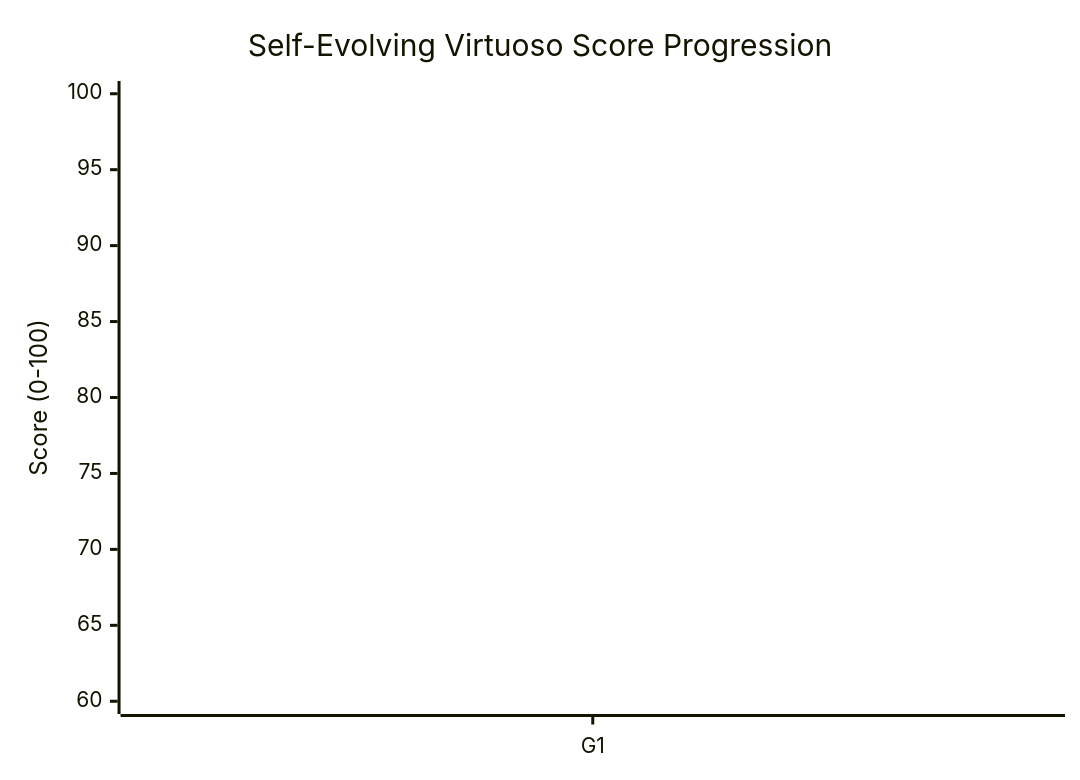
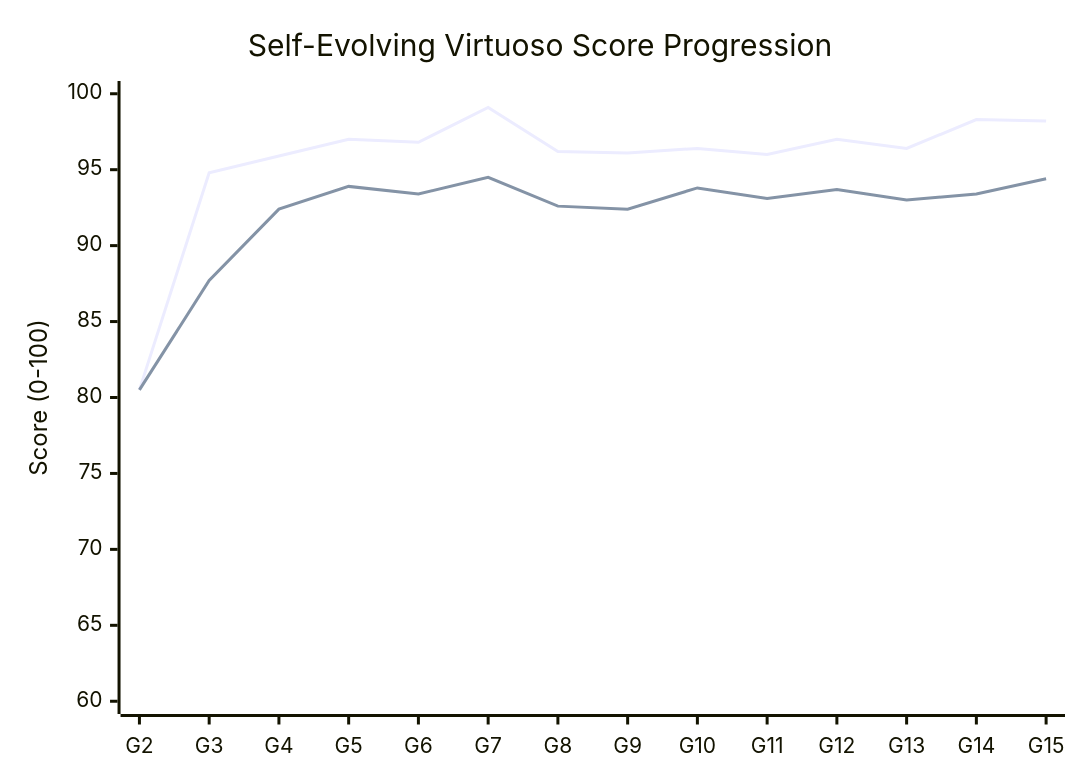
Before and after one commit to AI-Avalon/Disklavier-Auto: the first of 2 diagrams in obsidian_vault/00_Dashboard/Evolution_Overview.md, drawn with Mermaid. The commit also changed other lines of this file and 24 other files, not shown here.

````diff
--- a/obsidian_vault/00_Dashboard/Evolution_Overview.md
+++ b/obsidian_vault/00_Dashboard/Evolution_Overview.md
@@ -19,8 +19,8 @@
 ```mermaid
 xychart-beta
     title "Self-Evolving Virtuoso Score Progression"
-    x-axis [G1]
+    x-axis [G2, G3, G4, G5, G6, G7, G8, G9, G10, G11, G12, G13, G14, G15]
     y-axis "Score (0-100)" 60 --> 100
-    line [75.0]
-    line [72.0]
+    line [80.5, 94.8, 95.9, 97.0, 96.8, 99.1, 96.2, 96.1, 96.4, 96.0, 97.0, 96.4, 98.3, 98.2]
+    line [80.5, 87.7, 92.4, 93.9, 93.4, 94.5, 92.6, 92.4, 93.8, 93.1, 93.7, 93.0, 93.4, 94.4]
 ```
````
